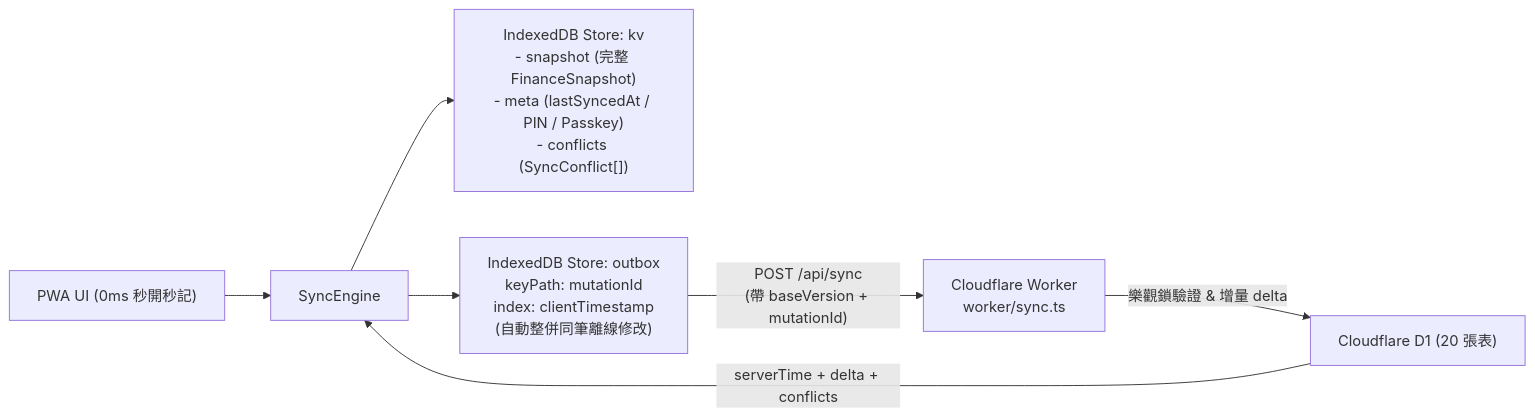
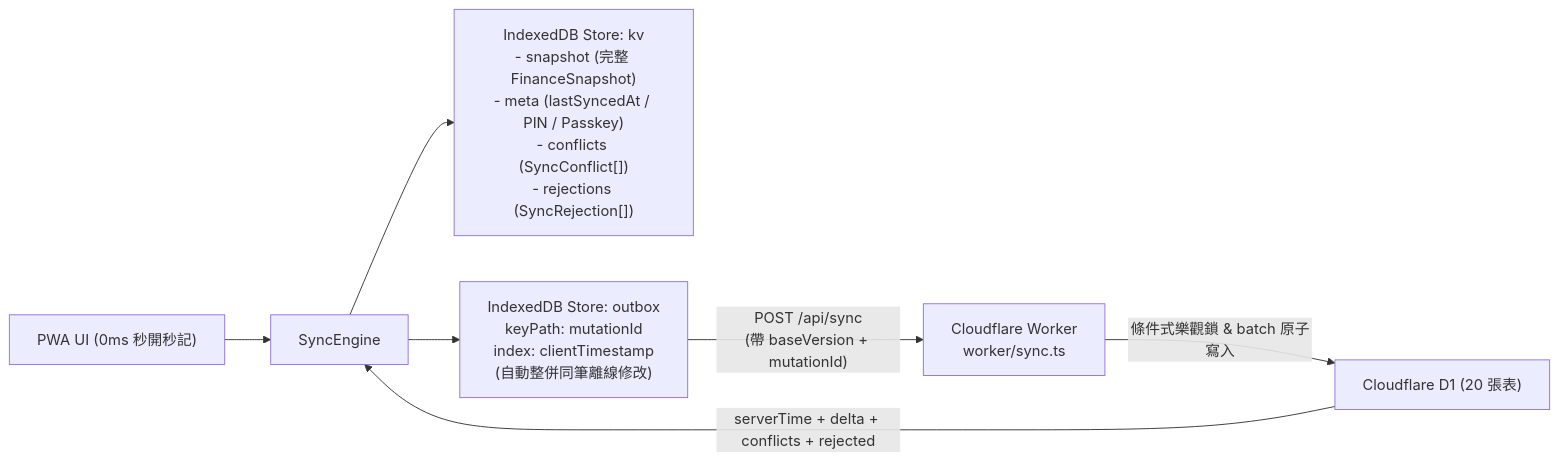
Before and after one commit to andyweij/personal-finance-gas: the third of 3 diagrams in cloudflare-pwa/docs/DATABASE_SCHEMA.md, drawn with Mermaid. The commit also changed other lines of this file and 14 other files, not shown here.

Commit message:
fix(cloudflare-pwa): v1.8.1 harden passkey auth, atomic optimistic locking, batch sync/import, and rejected mutation handling

````diff
--- a/cloudflare-pwa/docs/DATABASE_SCHEMA.md
+++ b/cloudflare-pwa/docs/DATABASE_SCHEMA.md
@@ -247,9 +247,9 @@
 ```mermaid
 flowchart LR
   UI["PWA UI (0ms 秒開秒記)"] --> SE["SyncEngine"]
-  SE --> KV["IndexedDB Store: kv\n- snapshot (完整 FinanceSnapshot)\n- meta (lastSyncedAt / PIN / Passkey)\n- conflicts (SyncConflict[])"]
+  SE --> KV["IndexedDB Store: kv\n- snapshot (完整 FinanceSnapshot)\n- meta (lastSyncedAt / PIN / Passkey)\n- conflicts (SyncConflict[])\n- rejections (SyncRejection[])"]
   SE --> OB["IndexedDB Store: outbox\nkeyPath: mutationId\nindex: clientTimestamp\n(自動整併同筆離線修改)"]
   OB -- "POST /api/sync\n(帶 baseVersion + mutationId)" --> W["Cloudflare Worker\nworker/sync.ts"]
-  W -- "樂觀鎖驗證 & 增量 delta" --> D1["Cloudflare D1 (20 張表)"]
-  D1 -- "serverTime + delta + conflicts" --> SE
+  W -- "條件式樂觀鎖 & batch 原子寫入" --> D1["Cloudflare D1 (20 張表)"]
+  D1 -- "serverTime + delta + conflicts + rejected" --> SE
 ```
````
